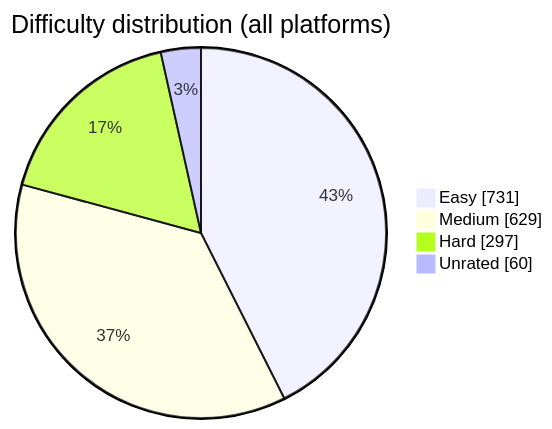
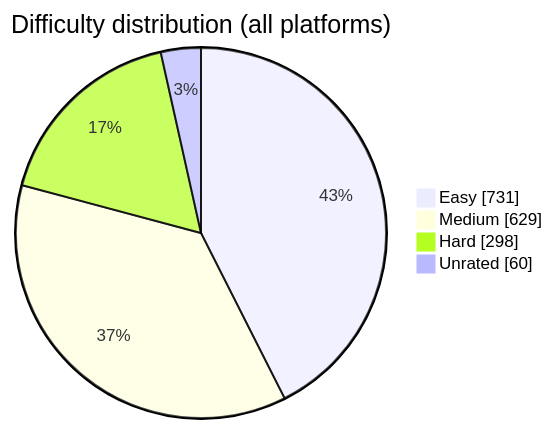
One commit to BuildbyArindam/Daily-Coding-Log changed the diagram in README.md. Above: the diagram before and after it, drawn with Mermaid. The commit also changed other lines of this file, not shown here.

````diff
--- a/README.md
+++ b/README.md
@@ -93,7 +93,7 @@
 ```mermaid
 pie showData title Difficulty distribution (all platforms)
     "Easy" : 731
     "Medium" : 629
-    "Hard" : 297
+    "Hard" : 298
     "Unrated" : 60
 ```
````
